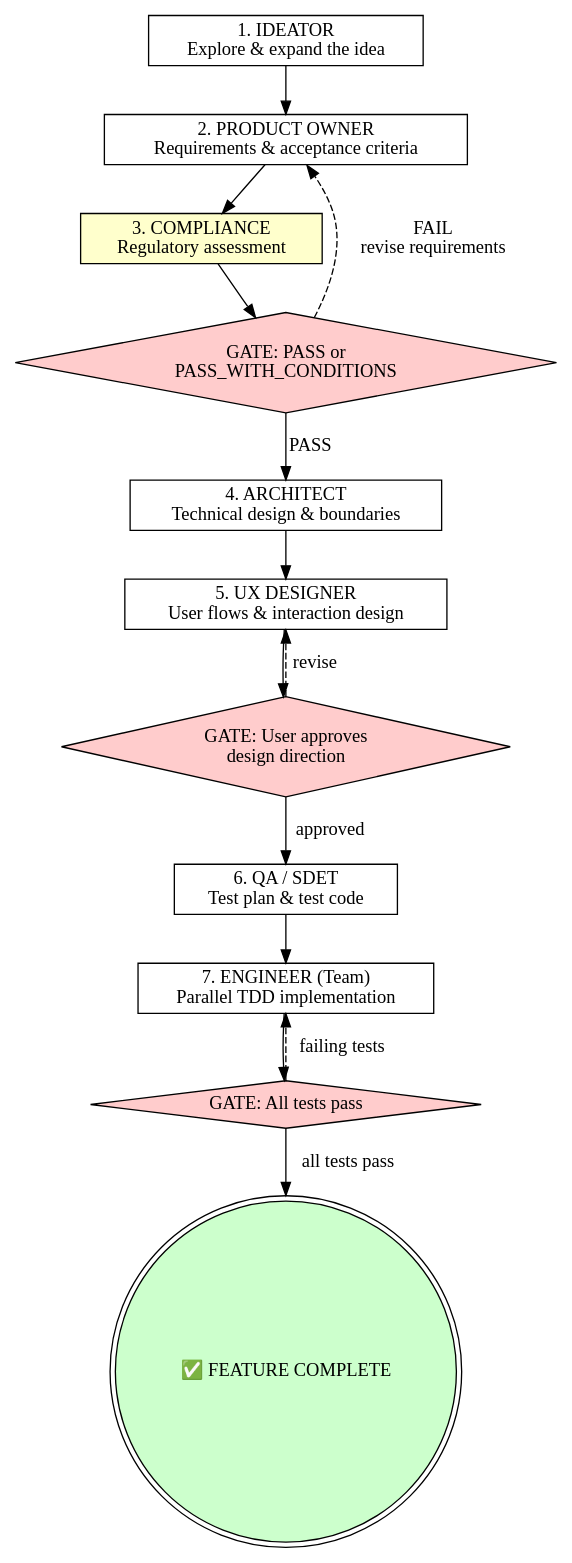
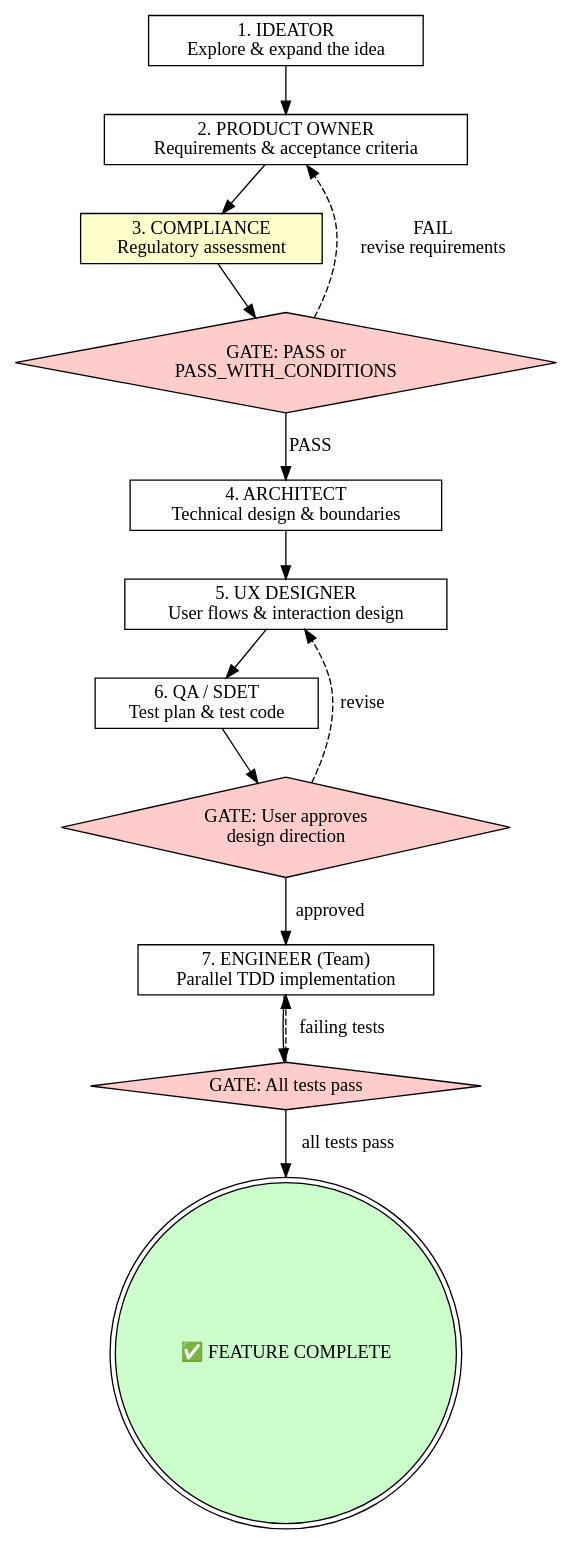
Before and after one commit to jknack0/sdlc-pipeline: the diagram in skills/orchestrator/SKILL.md, drawn with Graphviz. The commit also changed other lines of this file and 2 other files, not shown here.

Commit message:
move sdet to planning gate

````diff
--- a/skills/orchestrator/SKILL.md
+++ b/skills/orchestrator/SKILL.md
@@ -16,32 +16,32 @@
 ```dot
 digraph pipeline {
     rankdir=TB;
     node [shape=box];
 
     ideator [label="1. IDEATOR\nExplore & expand the idea"];
     po [label="2. PRODUCT OWNER\nRequirements & acceptance criteria"];
     compliance [label="3. COMPLIANCE\nRegulatory assessment" style=filled fillcolor="#ffffcc"];
     gate_compliance [label="GATE: PASS or\nPASS_WITH_CONDITIONS" shape=diamond style=filled fillcolor="#ffcccc"];
     architect [label="4. ARCHITECT\nTechnical design & boundaries"];
     ux [label="5. UX DESIGNER\nUser flows & interaction design"];
+    qa [label="6. QA / SDET\nTest plan & test code"];
     gate_design [label="GATE: User approves\ndesign direction" shape=diamond style=filled fillcolor="#ffcccc"];
-    qa [label="6. QA / SDET\nTest plan & test code"];
     engineer [label="7. ENGINEER (Team)\nParallel TDD implementation"];
     gate_verify [label="GATE: All tests pass" shape=diamond style=filled fillcolor="#ffcccc"];
     done [label="✅ FEATURE COMPLETE" shape=doublecircle style=filled fillcolor="#ccffcc"];
 
     ideator -> po;
     po -> compliance;
     compliance -> gate_compliance;
     gate_compliance -> architect [label="PASS"];
     gate_compliance -> po [label="FAIL\nrevise requirements" style=dashed];
     architect -> ux;
-    ux -> gate_design;
-    gate_design -> qa [label="approved"];
+    ux -> qa;
+    qa -> gate_design;
+    gate_design -> engineer [label="approved"];
     gate_design -> ux [label="revise" style=dashed];
-    qa -> engineer;
     engineer -> gate_verify;
     gate_verify -> done [label="all tests pass"];
     gate_verify -> engineer [label="failing tests" style=dashed];
 }
 ```
````
